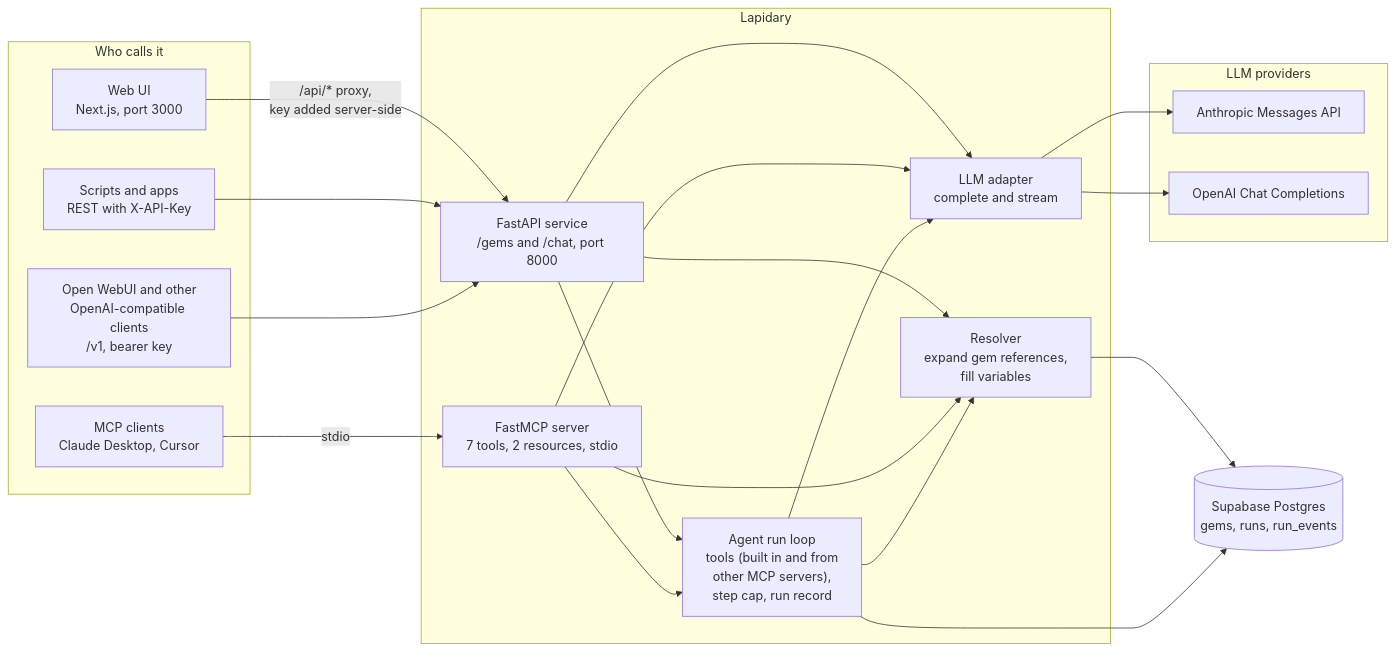
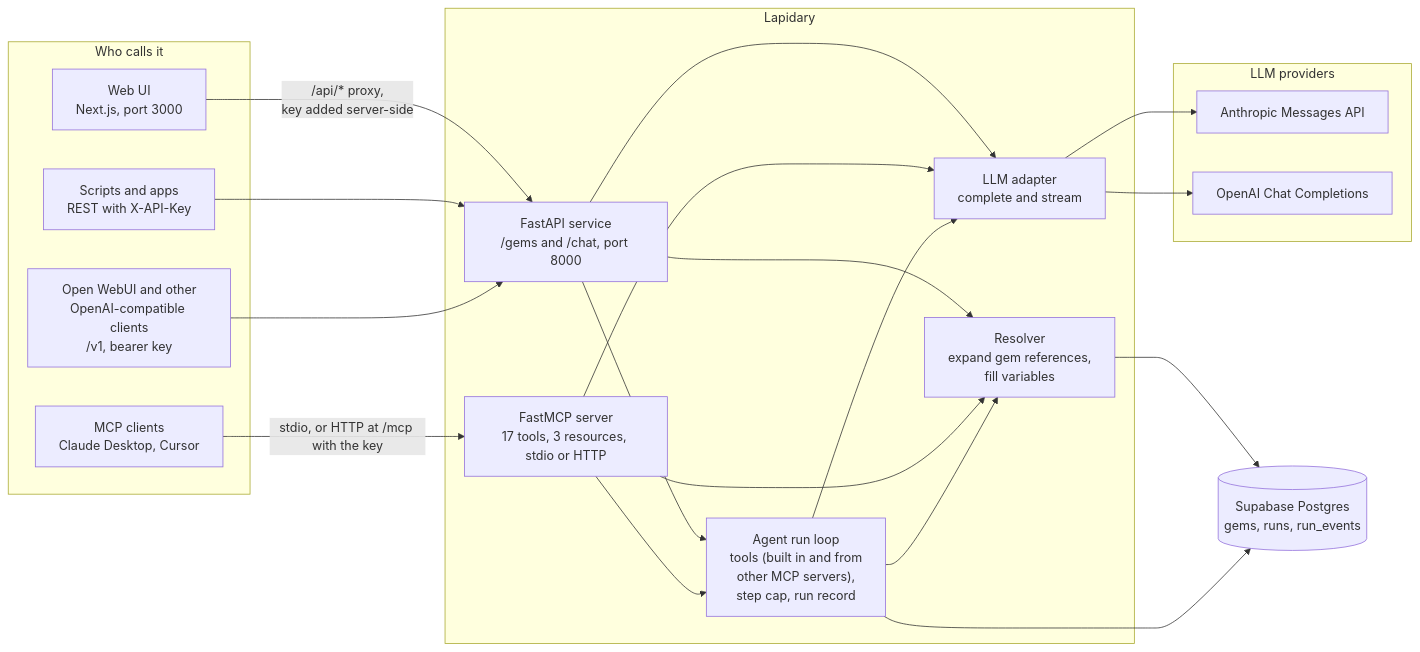
One commit to poyfather/gemsAPI changed the first of 10 diagrams in ARCHITECTURE.md. Above: the diagram before and after it, drawn with Mermaid. The commit also changed other lines of this file and 16 other files, not shown here.

First line of the commit message:
The MCP server over HTTP, and per-client keys (roadmap 41 and 10) (#54)

````diff
--- a/ARCHITECTURE.md
+++ b/ARCHITECTURE.md
@@ -7,41 +7,41 @@
 ```mermaid
 flowchart LR
     subgraph callers["Who calls it"]
         UI["Web UI<br/>Next.js, port 3000"]
         REST["Scripts and apps<br/>REST with X-API-Key"]
         OWUI["Open WebUI and other<br/>OpenAI-compatible clients<br/>/v1, bearer key"]
         MCPC["MCP clients<br/>Claude Desktop, Cursor"]
     end
 
     subgraph core["Lapidary"]
         API["FastAPI service<br/>/gems and /chat, port 8000"]
-        MCPS["FastMCP server<br/>7 tools, 2 resources, stdio"]
+        MCPS["FastMCP server<br/>17 tools, 3 resources, stdio or HTTP"]
         RES["Resolver<br/>expand gem references,<br/>fill variables"]
         LLM["LLM adapter<br/>complete and stream"]
         LOOP["Agent run loop<br/>tools (built in and from<br/>other MCP servers),<br/>step cap, run record"]
     end
 
     DB[("Supabase Postgres<br/>gems, runs, run_events")]
 
     subgraph providers["LLM providers"]
         ANT["Anthropic Messages API"]
         OAI["OpenAI Chat Completions"]
     end
 
     UI -- "/api/* proxy,<br/>key added server-side" --> API
     REST --> API
     OWUI --> API
-    MCPC -- "stdio" --> MCPS
+    MCPC -- "stdio, or HTTP at /mcp with the key" --> MCPS
     API --> RES
     MCPS --> RES
     RES --> DB
     API --> LLM
     MCPS --> LLM
     API --> LOOP
     MCPS --> LOOP
     LOOP --> RES
     LOOP --> LLM
     LOOP --> DB
     LLM --> ANT
     LLM --> OAI
 ```
````
